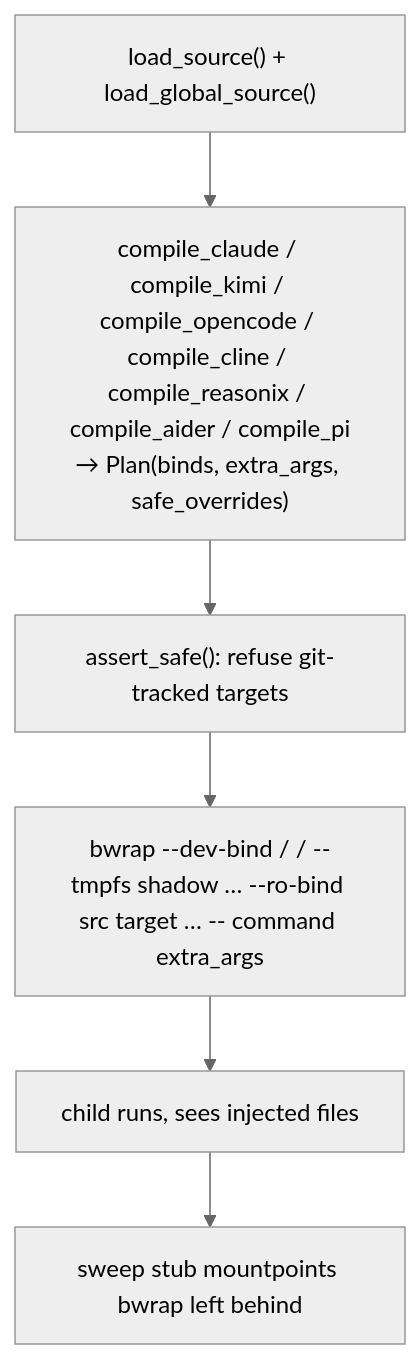
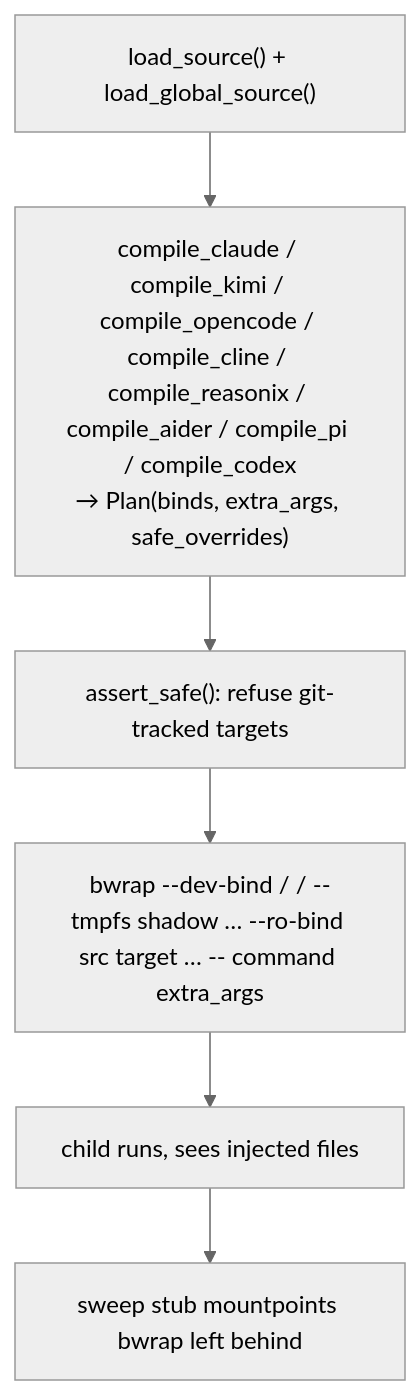
One commit to vcoeur/agedum changed the diagram in docs/internals.md. Above: the diagram before and after it, drawn with Mermaid (neutral theme). The commit also changed other lines of this file and 18 other files, not shown here.

````diff
--- a/docs/internals.md
+++ b/docs/internals.md
@@ -15,8 +15,8 @@
 ```mermaid
 flowchart TD
-  a["load_source() + load_global_source()"] --> b["compile_claude / compile_kimi / compile_opencode / compile_cline / compile_reasonix / compile_aider / compile_pi<br/>→ Plan(binds, extra_args, safe_overrides)"]
+  a["load_source() + load_global_source()"] --> b["compile_claude / compile_kimi / compile_opencode / compile_cline / compile_reasonix / compile_aider / compile_pi / compile_codex<br/>→ Plan(binds, extra_args, safe_overrides)"]
   b --> c["assert_safe(): refuse git-tracked targets"]
   c --> d["bwrap --dev-bind / / --tmpfs shadow … --ro-bind src target … -- command extra_args"]
   d --> e["child runs, sees injected files"]
   e --> f["sweep stub mountpoints bwrap left behind"]
 ```
````
